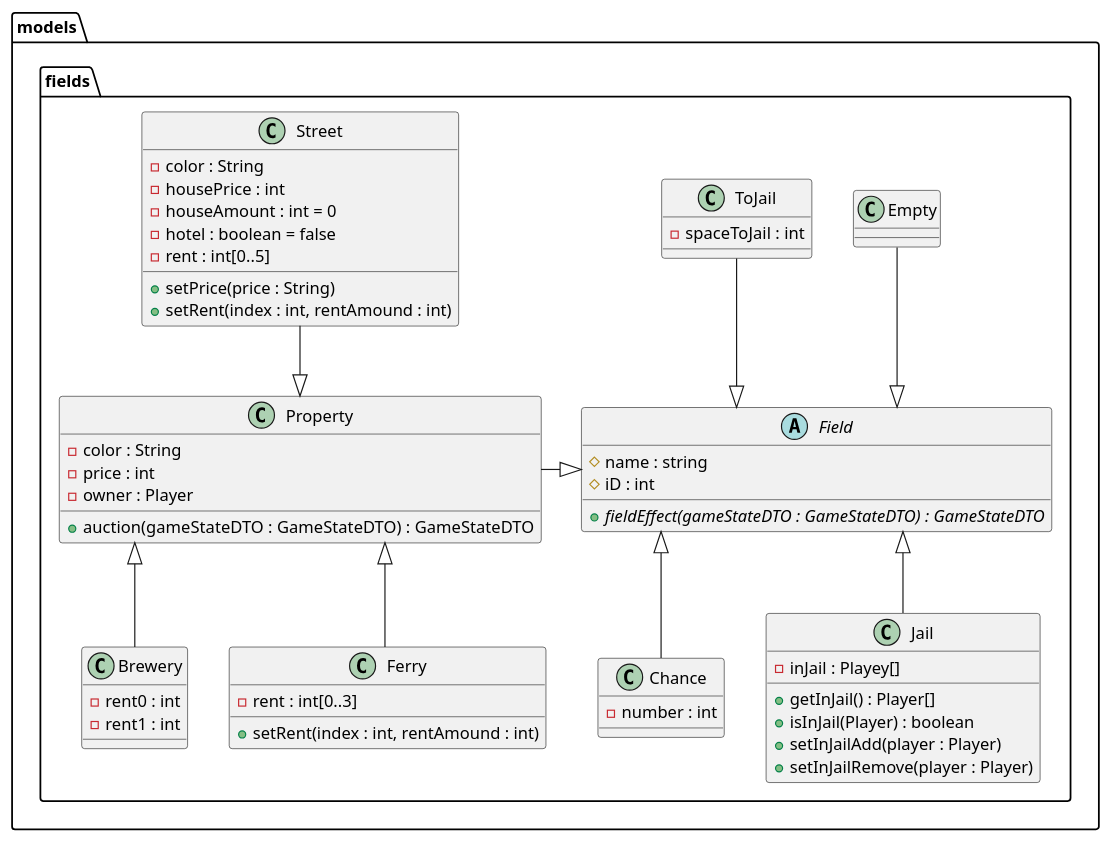
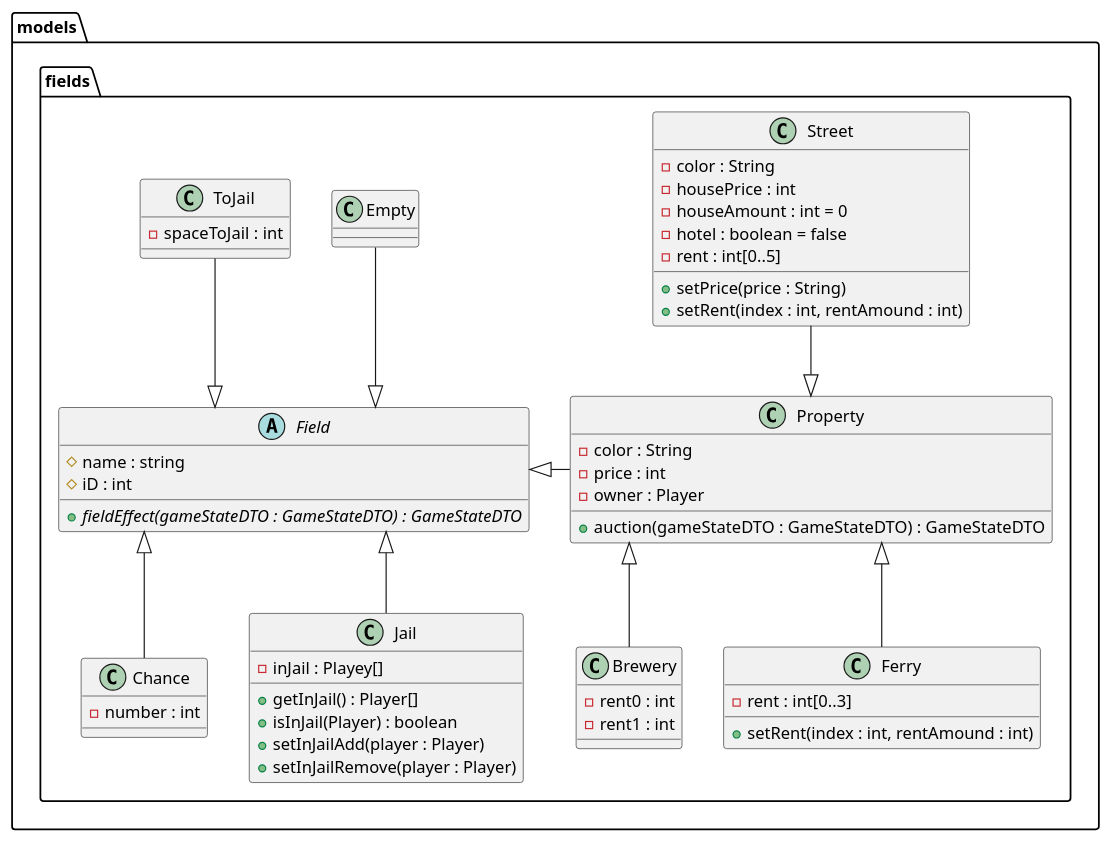
The diagram in src/main/resources/Diagrams/FieldsPackageDesignClass.puml (Gruppe-10-DTU/CDIO-FINAL), drawn with PlantUML before and after one commit.

Commit message:
swapped property and field for readability

```diff
--- a/src/main/resources/Diagrams/FieldsPackageDesignClass.puml
+++ b/src/main/resources/Diagrams/FieldsPackageDesignClass.puml
@@ -1,69 +1,69 @@
 @startuml
 'https://plantuml.com/class-diagram
 skinparam linetype ortho
 
 package models.fields {
 abstract Field {
  # name : string
  # iD : int
  + {abstract} fieldEffect(gameStateDTO : GameStateDTO) : GameStateDTO
 }
 
 class Property {
  - color : String
  - price : int
  - owner : Player
  + auction(gameStateDTO : GameStateDTO) : GameStateDTO
 }
 class Brewery {
  - rent0 : int
  - rent1 : int
 }
 class Ferry {
     - rent : int[0..3]
 
     + setRent(index : int, rentAmound : int)
 }
 class Street {
     - color : String
     - housePrice : int
     - houseAmount : int = 0
     - hotel : boolean = false
     - rent : int[0..5]
 
     + setPrice(price : String)
     + setRent(index : int, rentAmound : int)
 }
 class Empty{
 
 }
 
 class Chance {
 - number : int
 }
 
 class Jail {
  - inJail : Playey[]
  + getInJail() : Player[]
  + isInJail(Player) : boolean
  + setInJailAdd(player : Player)
  + setInJailRemove(player : Player)
 }
 
 class ToJail {
  -spaceToJail : int
 }
 
 
 
-Field <|-left- Property
+Field <|-right- Property
 Property <|-up- Street
 Property <|-down- Ferry
 Property <|-down- Brewery
 Field <|-- Chance
 Field <|-- Jail
 Field <|-up- ToJail
 Field <|-up- Empty
 
 }
 @enduml
```
